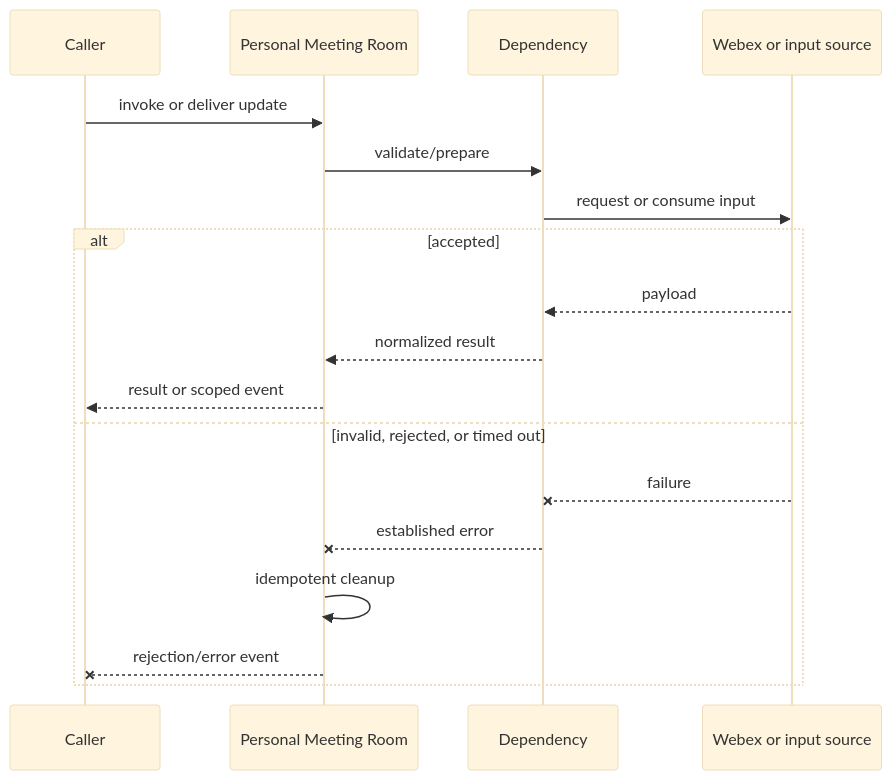
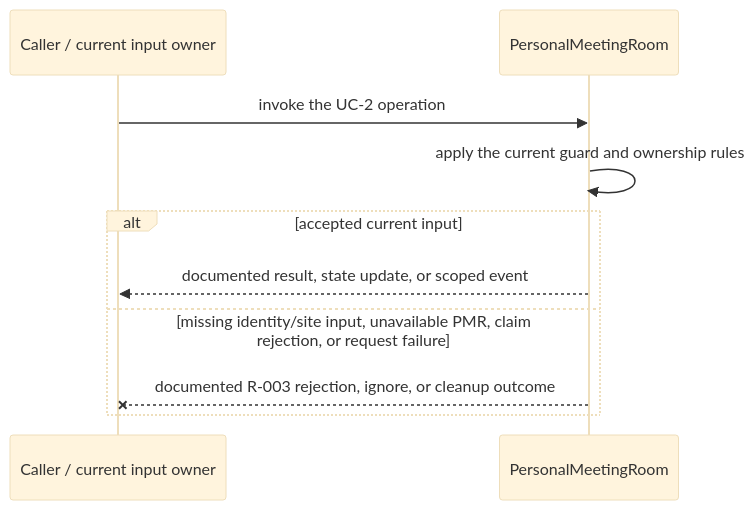
The third of 4 diagrams in packages/@webex/plugin-meetings/src/personal-meeting-room/ai-docs/personal-meeting-room-spec.md (webex/webex-js-sdk), drawn with Mermaid (base theme) before and after one commit. The commit also changed other lines of this file and 26 other files, not shown here.

````diff
--- a/packages/@webex/plugin-meetings/src/personal-meeting-room/ai-docs/personal-meeting-room-spec.md
+++ b/packages/@webex/plugin-meetings/src/personal-meeting-room/ai-docs/personal-meeting-room-spec.md
@@ -119,20 +136,12 @@
 ```mermaid
 sequenceDiagram
-  participant C as Caller
-  participant M as Personal Meeting Room
-  participant D as Dependency
-  participant W as Webex or input source
-  C->>M: invoke or deliver update
-  M->>D: validate/prepare
-  D->>W: request or consume input
-  alt accepted
-    W-->>D: payload
-    D-->>M: normalized result
-    M-->>C: result or scoped event
-  else invalid, rejected, or timed out
-    W--xD: failure
-    D--xM: established error
-    M->>M: idempotent cleanup
-    M--xC: rejection/error event
+  participant C as Caller / current input owner
+  participant M as PersonalMeetingRoom
+  C->>M: invoke the UC-2 operation
+  M->>M: apply the current guard and ownership rules
+  alt accepted current input
+    M-->>C: documented result, state update, or scoped event
+  else missing identity/site input, unavailable PMR, claim rejection, or request failure
+    M--xC: documented R-003 rejection, ignore, or cleanup outcome
   end
 ```
````
